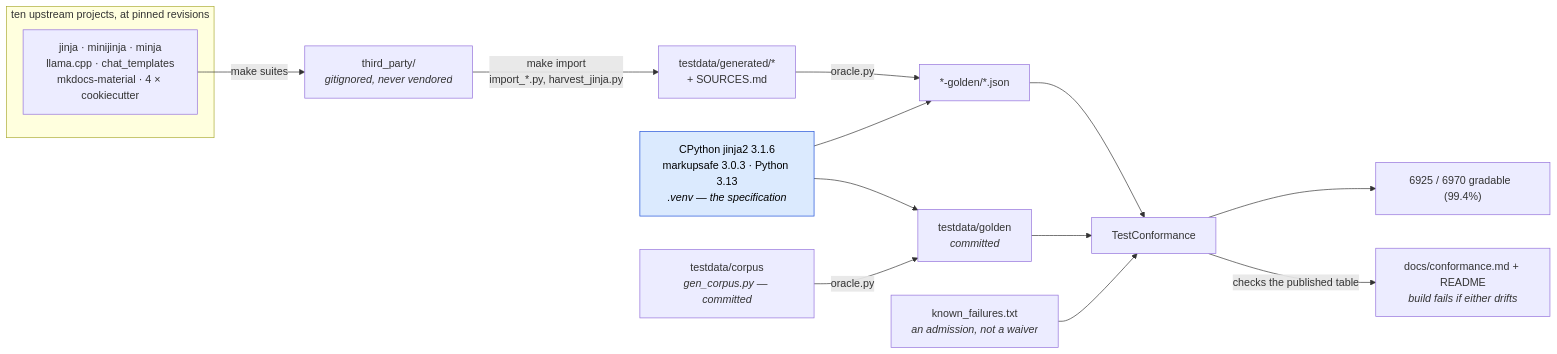
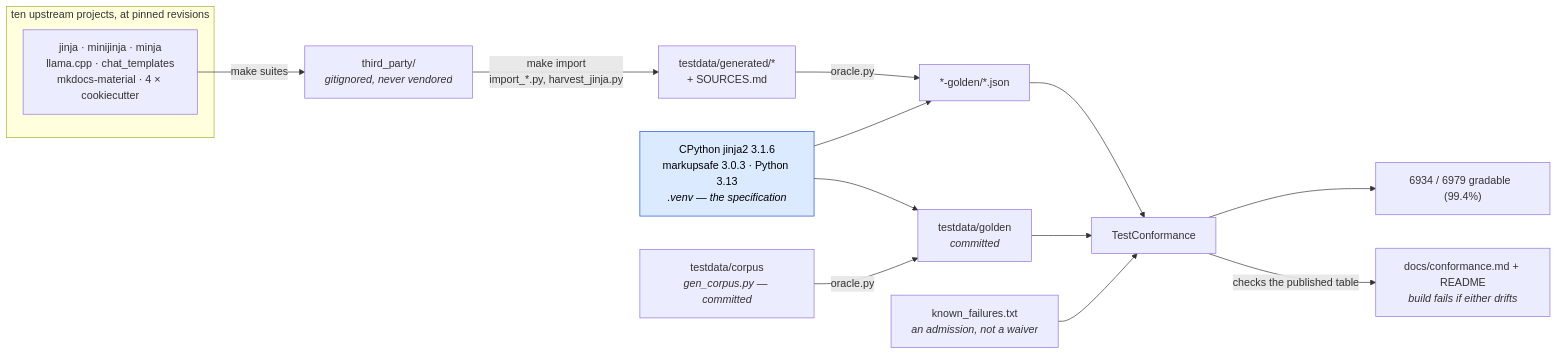
One commit to mgilbir/gojja2 changed the first of 2 diagrams in docs/conformance.md. Above: the diagram before and after it, drawn with Mermaid. The commit also changed other lines of this file and 48 other files, not shown here.

````diff
--- a/docs/conformance.md
+++ b/docs/conformance.md
@@ -17,24 +17,24 @@
 ```mermaid
 flowchart LR
     subgraph up["ten upstream projects, at pinned revisions"]
         U1["jinja · minijinja · minja<br/>llama.cpp · chat_templates<br/>mkdocs-material · 4 × cookiecutter"]
     end
     U1 -->|"make suites"| TP["third_party/<br/><i>gitignored, never vendored</i>"]
     TP -->|"make import<br/>import_*.py, harvest_jinja.py"| GEN["testdata/generated/*<br/>+ SOURCES.md"]
 
     ORA["CPython jinja2 3.1.6<br/>markupsafe 3.0.3 · Python 3.13<br/><i>.venv — the specification</i>"]
     GEN -->|"oracle.py"| G2["*-golden/*.json"]
     ORA --> G2
 
     OWN["testdata/corpus<br/><i>gen_corpus.py — committed</i>"] -->|"oracle.py"| G1["testdata/golden<br/><i>committed</i>"]
     ORA --> G1
 
     G1 --> TC["TestConformance"]
     G2 --> TC
     KF["known_failures.txt<br/><i>an admission, not a waiver</i>"] --> TC
-    TC --> RATE["6925 / 6970 gradable  (99.4%)"]
+    TC --> RATE["6934 / 6979 gradable  (99.4%)"]
     TC -->|"checks the published table"| RM["docs/conformance.md + README<br/><i>build fails if either drifts</i>"]
 
     classDef spec fill:#dbeafe,stroke:#1d4ed8,color:#000
     class ORA spec
 ```
````
